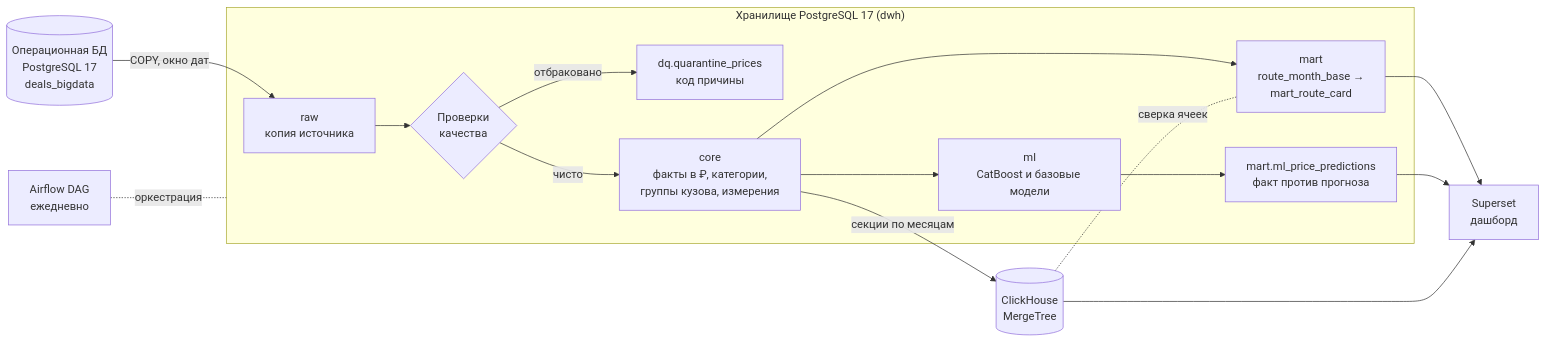
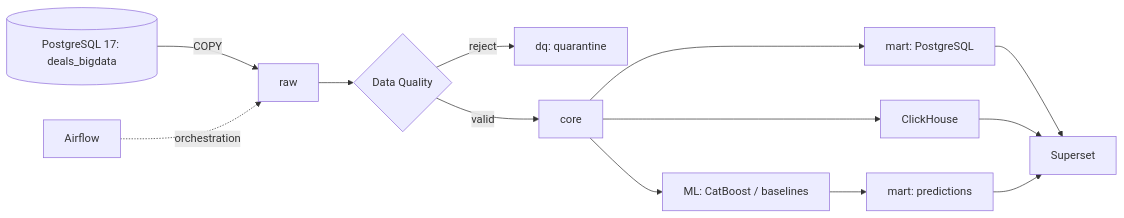
One commit to PolinaKirillovna/freight-rates-platform changed the diagram in README.md. Above: the diagram before and after it, drawn with Mermaid. The commit also changed other lines of this file and 4 other files, not shown here.

````diff
--- a/README.md
+++ b/README.md
@@ -22,18 +11,15 @@
 ```mermaid
 flowchart LR
-    SRC[("Операционная БД<br/>PostgreSQL 17<br/>deals_bigdata")] -->|COPY, окно дат| RAW
-    subgraph DWH["Хранилище PostgreSQL 17 (dwh)"]
-        RAW["raw<br/>копия источника"] --> DQ{"Проверки<br/>качества"}
-        DQ -->|отбраковано| QUAR["dq.quarantine_prices<br/>код причины"]
-        DQ -->|чисто| CORE["core<br/>факты в ₽, категории,<br/>группы кузова, измерения"]
-        CORE --> MART["mart<br/>route_month_base →<br/>mart_route_card"]
-        CORE --> ML["ml<br/>CatBoost и базовые модели"]
-        ML --> PRED["mart.ml_price_predictions<br/>факт против прогноза"]
-    end
-    CORE -->|секции по месяцам| CH[("ClickHouse<br/>MergeTree")]
-    CH -. сверка ячеек .- MART
-    MART --> BI["Superset<br/>дашборд"]
+    SRC[(PostgreSQL 17: deals_bigdata)] -->|COPY| RAW[raw]
+    RAW --> DQ{Data Quality}
+    DQ -->|reject| Q[dq: quarantine]
+    DQ -->|valid| CORE[core]
+    CORE --> MART[mart: PostgreSQL]
+    CORE --> ML[ML: CatBoost / baselines]
+    ML --> PRED[mart: predictions]
+    CORE --> CH[ClickHouse]
+    MART --> BI[Superset]
+    CH --> BI
     PRED --> BI
-    CH --> BI
-    AF["Airflow DAG<br/>ежедневно"] -. оркестрация .- DWH
+    AF[Airflow] -. orchestration .-> RAW
 ```
````
